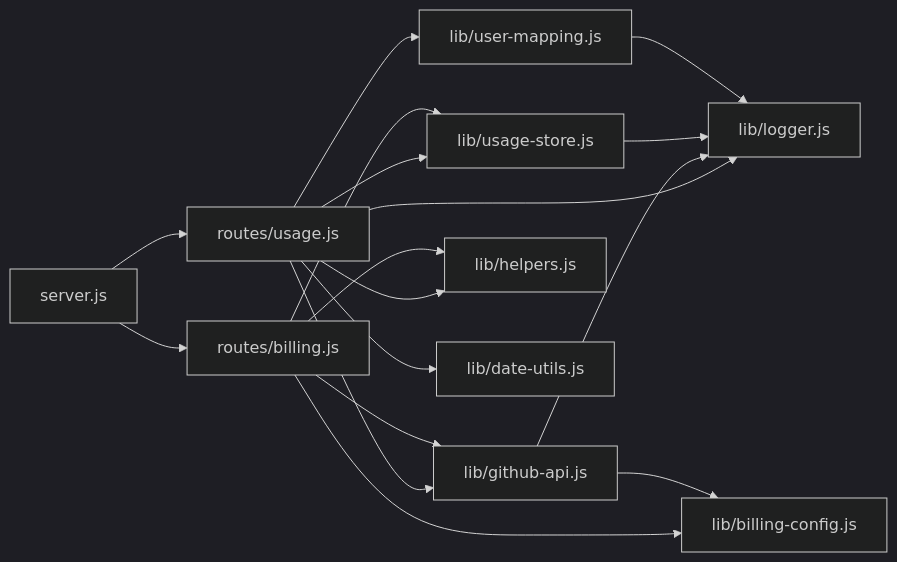
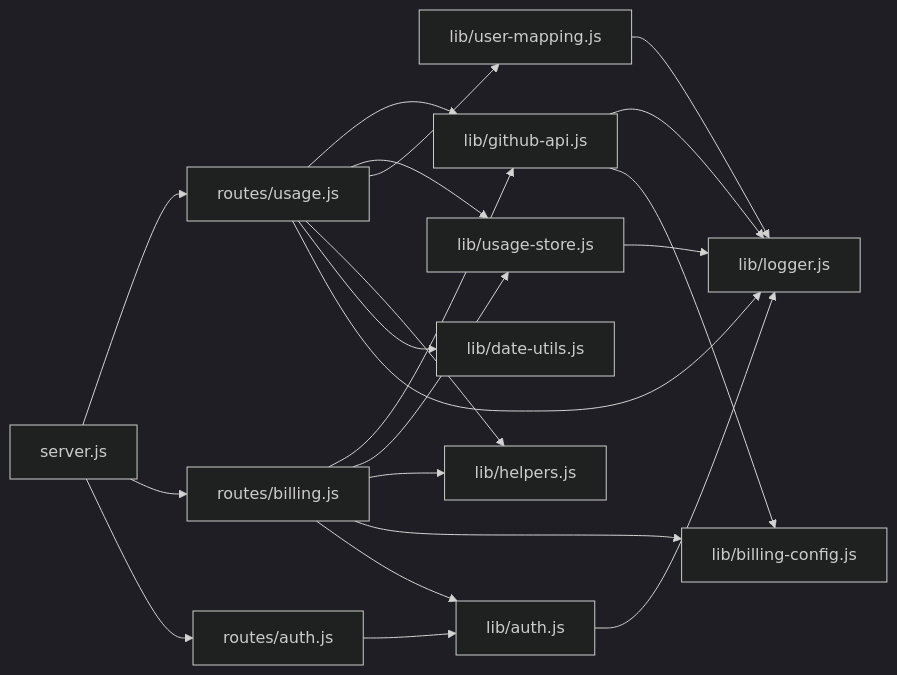
Before and after one commit to kissingwolf/CopilotEnterpriseUsageDisplay: diagram 11 of 11 in .qoder/repowiki/zh/content/核心模块/核心模块.md, drawn with Mermaid (dark theme). The commit also changed other lines of this file and 9 other files, not shown here.

````diff
--- a/.qoder/repowiki/zh/content/核心模块/核心模块.md
+++ b/.qoder/repowiki/zh/content/核心模块/核心模块.md
@@ -429,19 +529,23 @@
 ```mermaid
 graph LR
 S["server.js"] --> U["routes/usage.js"]
 S --> B["routes/billing.js"]
+S --> A["routes/auth.js"]
 U --> GA["lib/github-api.js"]
 U --> US["lib/usage-store.js"]
 U --> UM["lib/user-mapping.js"]
 U --> H["lib/helpers.js"]
 U --> DU["lib/date-utils.js"]
 U --> LG["lib/logger.js"]
 B --> GA
 B --> US
 B --> H
 B --> BC["lib/billing-config.js"]
+B --> AU["lib/auth.js"]
+A --> AU
+AU --> LG
 GA --> LG
 GA --> BC
 US --> LG
 UM --> LG
 ```
````
